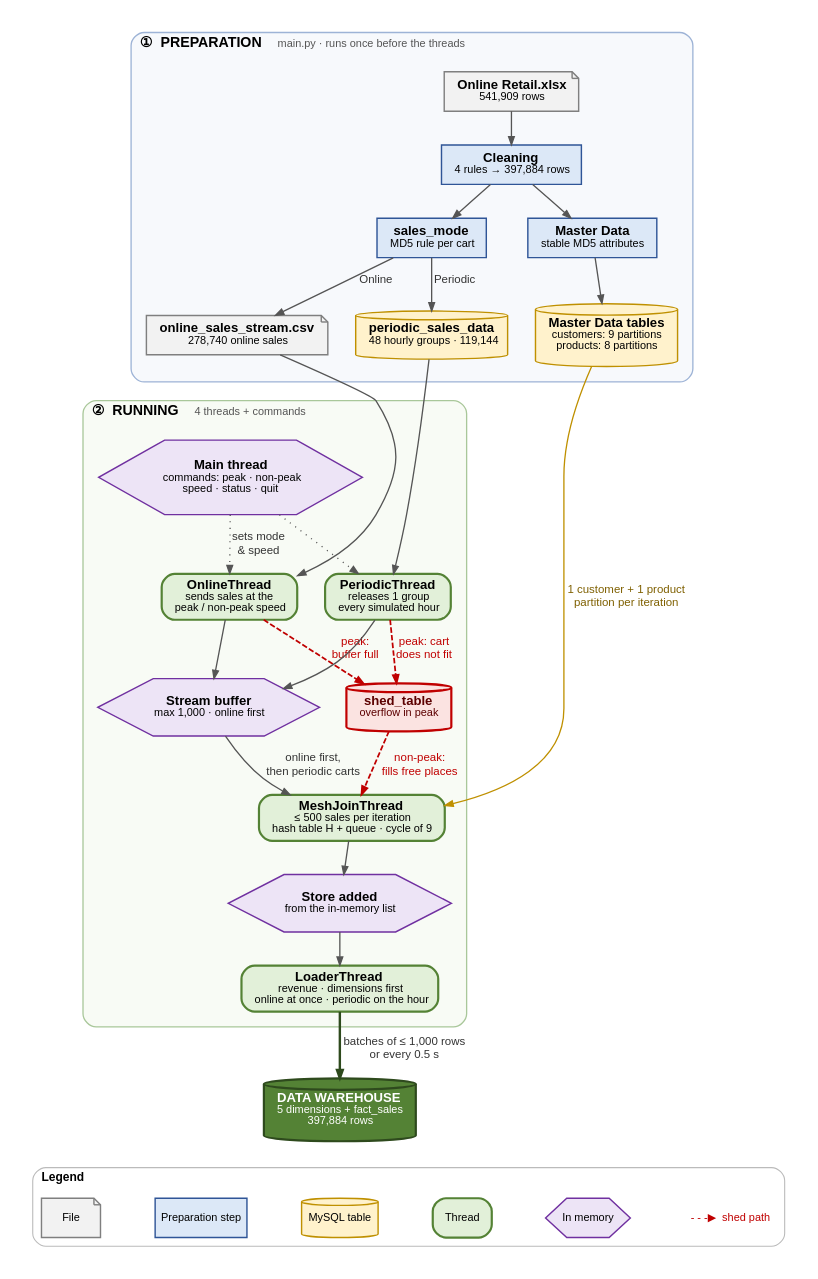
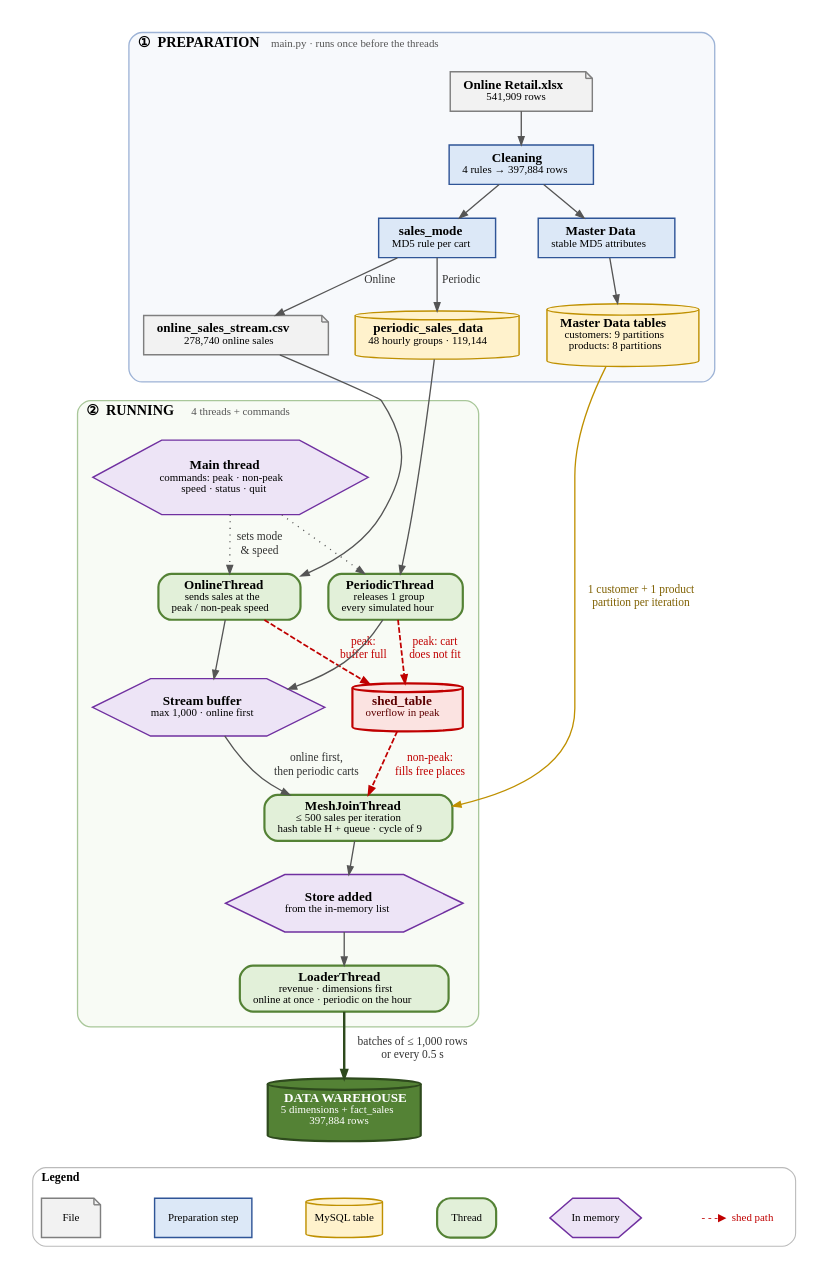
The diagram in docs/architecture.dot (DawarAhmed27/DWH-MESHJOIN-Project), drawn with Graphviz before and after one commit. The commit also changed 5 other files, not shown here.

Commit message:
Use Times New Roman in all report figures

```diff
--- a/docs/architecture.dot
+++ b/docs/architecture.dot
@@ -1,77 +1,77 @@
 digraph G {
-  graph [rankdir=TB, fontname="Arial", nodesep=0.35, ranksep=0.42, pad=0.2, newrank=true, compound=true];
-  node  [fontname="Arial", fontsize=12, penwidth=1.3, style="filled", margin="0.16,0.07"];
-  edge  [fontname="Arial", fontsize=10.5, color="#555555", penwidth=1.2, arrowsize=0.75, fontcolor="#333333"];
+  graph [rankdir=TB, fontname="Times New Roman", nodesep=0.35, ranksep=0.42, pad=0.2, newrank=true, compound=true];
+  node  [fontname="Times New Roman", fontsize=12, penwidth=1.3, style="filled", margin="0.16,0.07"];
+  edge  [fontname="Times New Roman", fontsize=10.5, color="#555555", penwidth=1.2, arrowsize=0.75, fontcolor="#333333"];
 
   // ---------- styles ----------
   // file: grey note | prep: blue box | table: yellow cylinder | thread: green rounded | memory: purple hexagon | shed: red cylinder
 
   subgraph cluster_prep {
     label=<<b>①  PREPARATION</b>   <font point-size="10.5" color="#555555">main.py · runs once before the threads</font>>;
     labeljust=l; fontsize=13; style="rounded,filled"; fillcolor="#F7F9FC"; color="#9DB3D6"; penwidth=1.2; margin=14;
 
     X   [shape=note, fillcolor="#F2F2F2", color="#7F7F7F", label=<<b>Online Retail.xlsx</b><br/><font point-size="10">541,909 rows</font>>];
     C   [shape=box, fillcolor="#DCE8F7", color="#2F5597", label=<<b>Cleaning</b><br/><font point-size="10">4 rules → 397,884 rows</font>>];
     S   [shape=box, fillcolor="#DCE8F7", color="#2F5597", label=<<b>sales_mode</b><br/><font point-size="10">MD5 rule per cart</font>>];
     MB  [shape=box, fillcolor="#DCE8F7", color="#2F5597", label=<<b>Master Data</b><br/><font point-size="10">stable MD5 attributes</font>>];
     OF  [shape=note, fillcolor="#F2F2F2", color="#7F7F7F", label=<<b>online_sales_stream.csv</b><br/><font point-size="10">278,740 online sales</font>>];
     ST  [shape=cylinder, fillcolor="#FFF2CC", color="#BF9000", label=<<b>periodic_sales_data</b><br/><font point-size="10">48 hourly groups · 119,144</font>>];
     MD  [shape=cylinder, fillcolor="#FFF2CC", color="#BF9000", label=<<b>Master Data tables</b><br/><font point-size="10">customers: 9 partitions<br/>products: 8 partitions</font>>];
 
     X -> C -> S;
     C -> MB -> MD;
     S -> OF [label=" Online"];
     S -> ST [label=" Periodic"];
     {rank=same; S; MB}
     {rank=same; OF; ST; MD}
   }
 
   subgraph cluster_run {
     label=<<b>②  RUNNING</b>   <font point-size="10.5" color="#555555">4 threads + commands</font>>;
     labeljust=l; fontsize=13; style="rounded,filled"; fillcolor="#F8FBF5"; color="#A9C79A"; penwidth=1.2; margin=14;
 
     CMD [shape=hexagon, fillcolor="#EDE4F6", color="#7030A0", label=<<b>Main thread</b><br/><font point-size="10">commands: peak · non-peak<br/>speed · status · quit</font>>];
     OT  [shape=box, style="rounded,filled", penwidth=2, fillcolor="#E2F0D9", color="#548235", label=<<b>OnlineThread</b><br/><font point-size="10">sends sales at the<br/>peak / non-peak speed</font>>];
     PT  [shape=box, style="rounded,filled", penwidth=2, fillcolor="#E2F0D9", color="#548235", label=<<b>PeriodicThread</b><br/><font point-size="10">releases 1 group<br/>every simulated hour</font>>];
     B   [shape=hexagon, fillcolor="#EDE4F6", color="#7030A0", label=<<b>Stream buffer</b><br/><font point-size="10">max 1,000 · online first</font>>];
     SH  [shape=cylinder, penwidth=2, fillcolor="#FBE3E1", color="#C00000", fontcolor="#5C0000", label=<<b>shed_table</b><br/><font point-size="10">overflow in peak</font>>];
     M   [shape=box, style="rounded,filled", penwidth=2, fillcolor="#E2F0D9", color="#548235", label=<<b>MeshJoinThread</b><br/><font point-size="10">≤ 500 sales per iteration<br/>hash table H + queue · cycle of 9</font>>];
     E   [shape=hexagon, fillcolor="#EDE4F6", color="#7030A0", label=<<b>Store added</b><br/><font point-size="10">from the in-memory list</font>>];
     L   [shape=box, style="rounded,filled", penwidth=2, fillcolor="#E2F0D9", color="#548235", label=<<b>LoaderThread</b><br/><font point-size="10">revenue · dimensions first<br/>online at once · periodic on the hour</font>>];
 
     CMD -> OT [style=dotted, label=" sets mode\n & speed"];
     CMD -> PT [style=dotted];
     OT -> B;
     PT -> B;
     OT -> SH [style=dashed, color="#C00000", penwidth=1.6, fontcolor="#C00000", label=" peak:\n buffer full"];
     PT -> SH [style=dashed, color="#C00000", penwidth=1.6, fontcolor="#C00000", label=" peak: cart\n does not fit"];
     B -> M [label=" online first,\n then periodic carts"];
     SH -> M [style=dashed, color="#C00000", penwidth=1.6, fontcolor="#C00000", label=" non-peak:\n fills free places"];
     M -> E -> L;
     {rank=same; OT; PT}
     {rank=same; B; SH}
   }
 
   OF -> OT;
   ST -> PT;
   MD -> M [label=" 1 customer + 1 product\n partition per iteration", color="#BF9000", fontcolor="#7F6000"];
 
   DW [shape=cylinder, penwidth=2, fillcolor="#548235", color="#2E4A1D", fontcolor="white", label=<<b>DATA WAREHOUSE</b><br/><font point-size="10">5 dimensions + fact_sales<br/>397,884 rows</font>>];
   L -> DW [penwidth=2.2, color="#2E4A1D", label=" batches of ≤ 1,000 rows\n or every 0.5 s"];
 
   // ---------- legend ----------
   subgraph cluster_key {
     label=<<b>Legend</b>>; labeljust=l; fontsize=11; style="rounded"; color="#BBBBBB"; margin=8;
     node [fontsize=10, margin="0.08,0.04"];
     k1 [shape=note, fillcolor="#F2F2F2", color="#7F7F7F", label="File"];
     k2 [shape=box, fillcolor="#DCE8F7", color="#2F5597", label="Preparation step"];
     k3 [shape=cylinder, fillcolor="#FFF2CC", color="#BF9000", label="MySQL table"];
     k4 [shape=box, style="rounded,filled", penwidth=2, fillcolor="#E2F0D9", color="#548235", label="Thread"];
     k5 [shape=hexagon, fillcolor="#EDE4F6", color="#7030A0", label="In memory"];
     k6 [shape=plaintext, style="", label=<<font color="#C00000">- - -▶  shed path</font>>];
     {rank=same; k1; k2; k3; k4; k5; k6}
     k1 -> k2 -> k3 -> k4 -> k5 -> k6 [style=invis];
   }
   DW -> k3 [style=invis];
   OF -> CMD [style=invis]; ST -> CMD [style=invis];
 }
```
